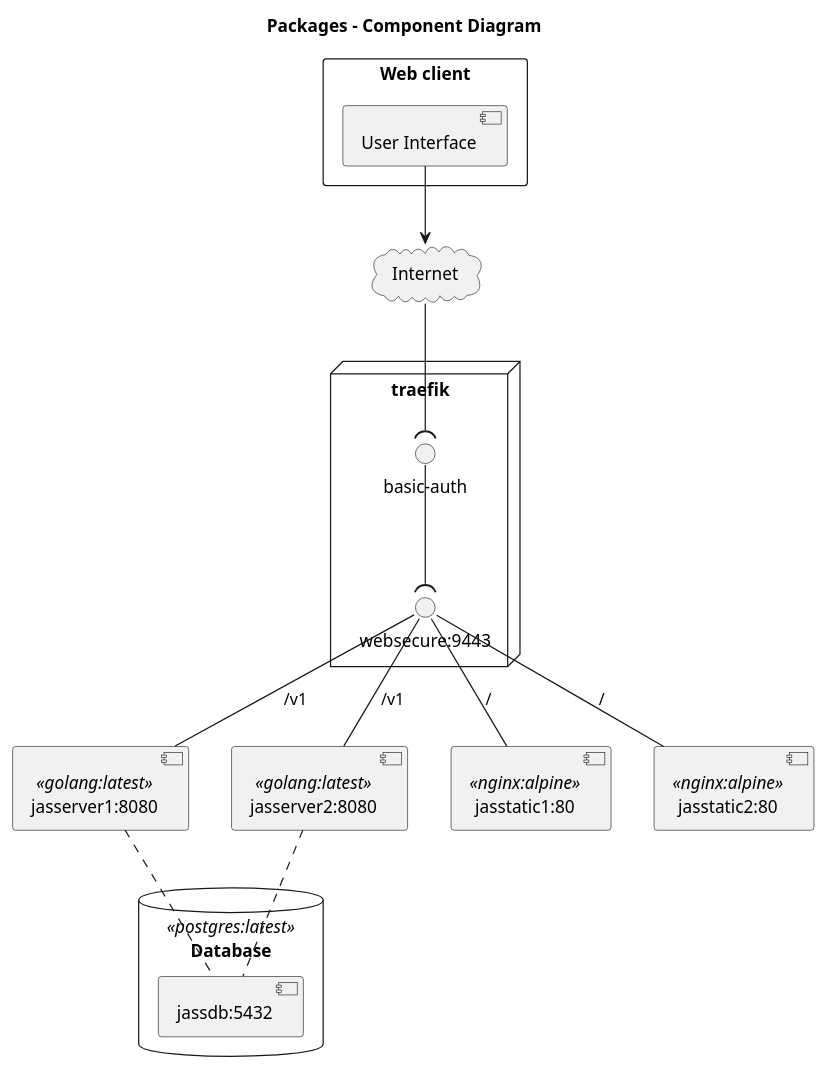
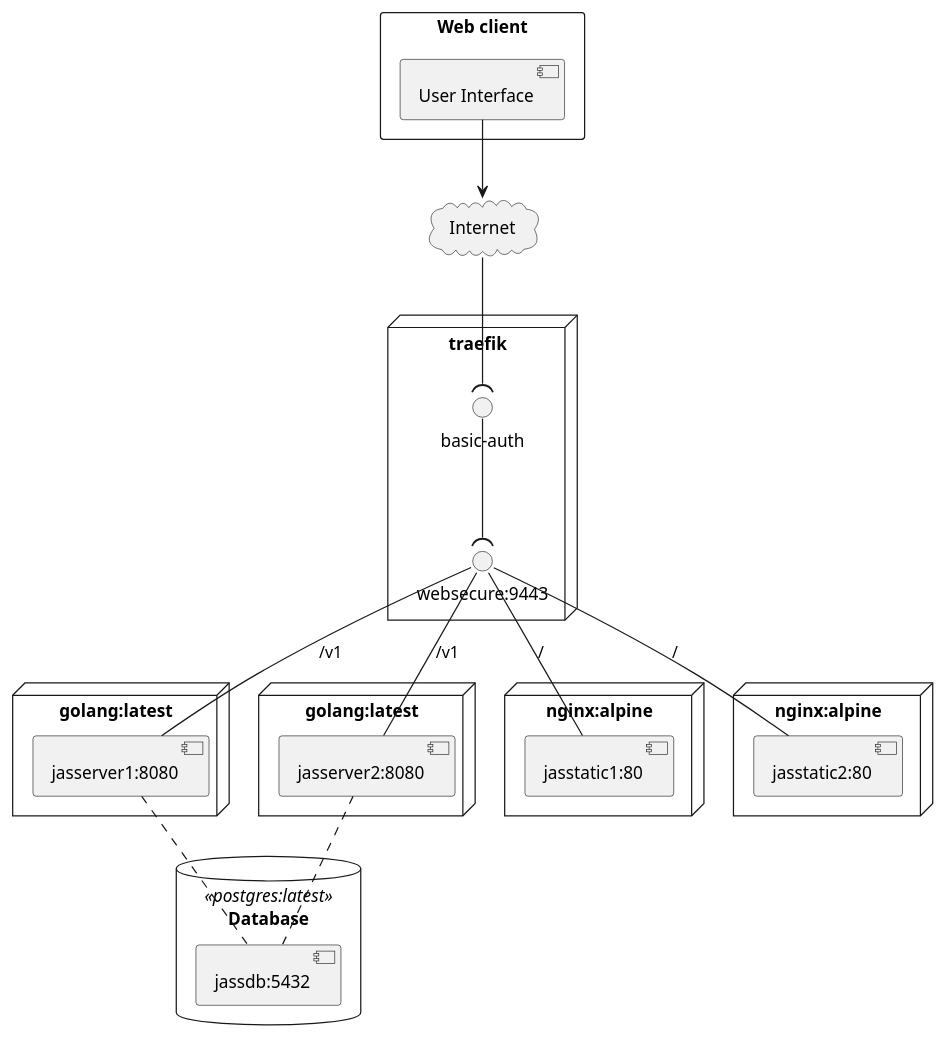
Before and after one commit to moschi/VSS_CT: the diagram in components.plantuml, drawn with PlantUML. The commit also changed 2 other files, not shown here.

```diff
--- a/components.plantuml
+++ b/components.plantuml
@@ -1,37 +1,43 @@
 @startuml
-
-title Packages - Component Diagram
 
 rectangle "Web client" {
     component [User Interface] as GUI
 }
 
 cloud Internet {
 }
- 
+
 node "traefik" {
     interface "websecure:9443" as access
     interface "basic-auth" as auth
-} 
+}
 
-component "jasserver1:8080" <<golang:latest>> as jasserver1
-component "jasserver2:8080" <<golang:latest>> as jasserver2
-component "jasstatic1:80" <<nginx:alpine>> as jasstatic1
-component "jasstatic2:80" <<nginx:alpine>> as jasstatic2
+node "golang:latest" as golang1 {
+    component "jasserver1:8080"  as jasserver1
+}
+node "golang:latest" as golang2 {
+    component "jasserver2:8080" as jasserver2
+}
+node "nginx:alpine" as nginx1 {
+    component "jasstatic1:80"  as jasstatic1
+}
+node "nginx:alpine" as nginx2 {
+    component "jasstatic2:80" as jasstatic2
+}
 
 database "Database" <<postgres:latest>> {
     [jassdb:5432] as jassdb
 }
 
 
 GUI -down-> Internet
 Internet -down-( auth
 auth -down-( access
 access -down- jasstatic1 :/
 access -down- jasstatic2 :/
 access -down- jasserver1 :/v1
 access -down- jasserver2 :/v1
 jasserver1 .. [jassdb]
 jasserver2 .. [jassdb]
 
 @enduml
```
